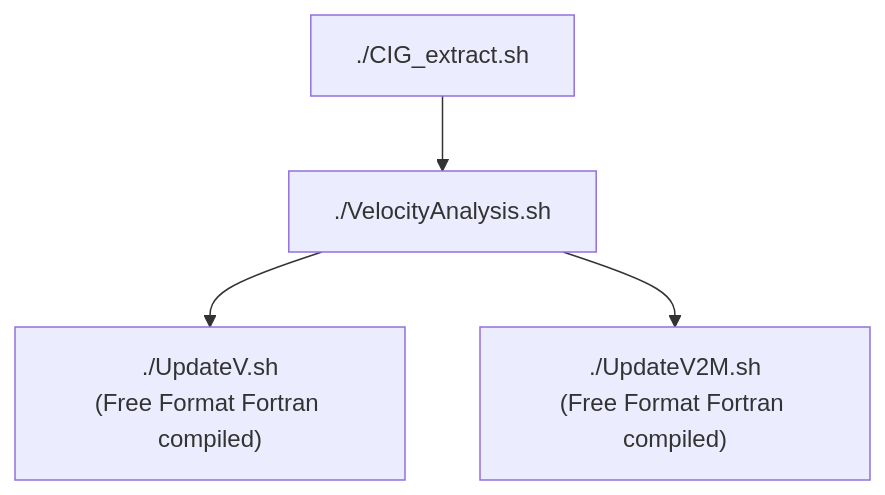
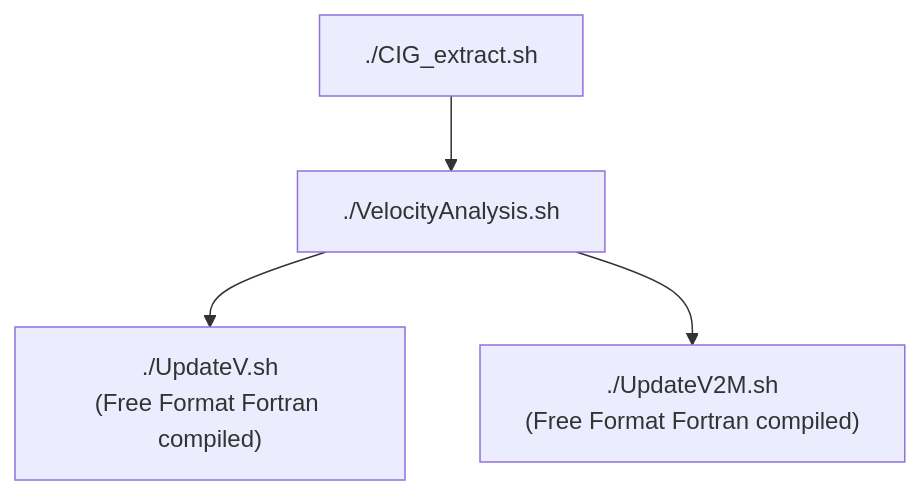
The second of 2 diagrams in Velocity_Analysis&Update_TRAD/Readme-updated_info.md (Dai411/ISTRICI-tools), drawn with Mermaid before and after one commit.

````diff
--- a/Velocity_Analysis&Update_TRAD/Readme-updated_info.md
+++ b/Velocity_Analysis&Update_TRAD/Readme-updated_info.md
@@ -174,6 +174,6 @@
 ```mermaid
 graph TD
     A[./CIG_extract.sh] --> B[./VelocityAnalysis.sh]
     B --> C["./UpdateV.sh<br>(Free Format Fortran compiled)"]
-    B --> D["./UpdateV2M.sh<br>(Free Format Fortran compiled)"]
+    B --> D["<div style='white-space: nowrap;'>./UpdateV2M.sh<br>(Free Format Fortran compiled)</div>"]
 ```
````
